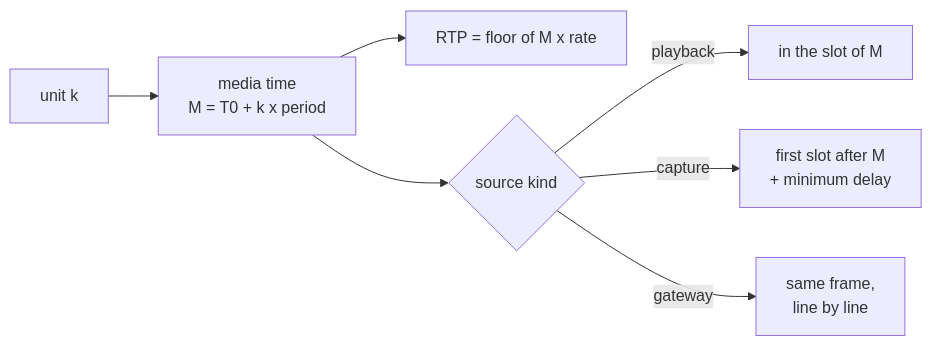
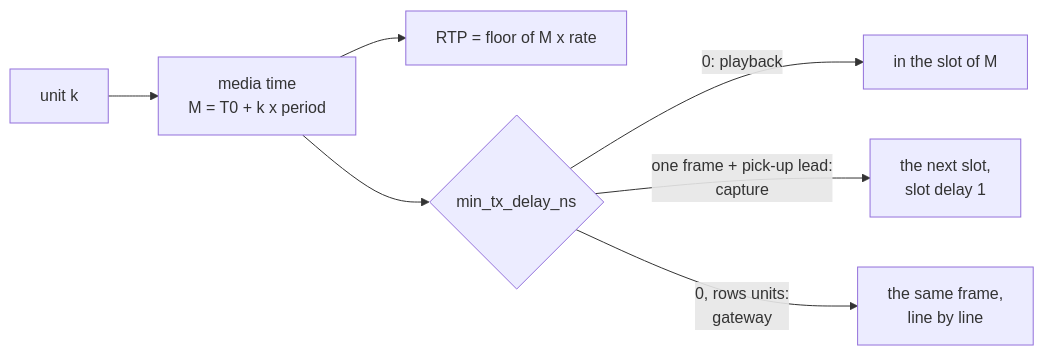
The fifth of 6 diagrams in doc/unified-api/concepts.md (Sakoram/Media-Transport-Library), drawn with Mermaid before and after one commit. The commit also changed other lines of this file and 56 other files, not shown here.

````diff
--- a/doc/unified-api/concepts.md
+++ b/doc/unified-api/concepts.md
@@ -592,9 +583,9 @@
 ```mermaid
 flowchart LR
     K["unit k"] --> M["media time<br/>M = T0 + k x period"]
     M --> RTP["RTP = floor of M x rate"]
-    M --> SK{"source kind"}
-    SK -->|"playback"| P["in the slot of M"]
-    SK -->|"capture"| C["first slot after M<br/>+ minimum delay"]
-    SK -->|"gateway"| G["same frame,<br/>line by line"]
+    M --> D{"min_tx_delay_ns"}
+    D -->|"0: playback"| P["in the slot of M"]
+    D -->|"one frame + pick-up lead:<br/>capture"| C["the next slot,<br/>slot delay 1"]
+    D -->|"0, rows units:<br/>gateway"| G["the same frame,<br/>line by line"]
 ```
````
